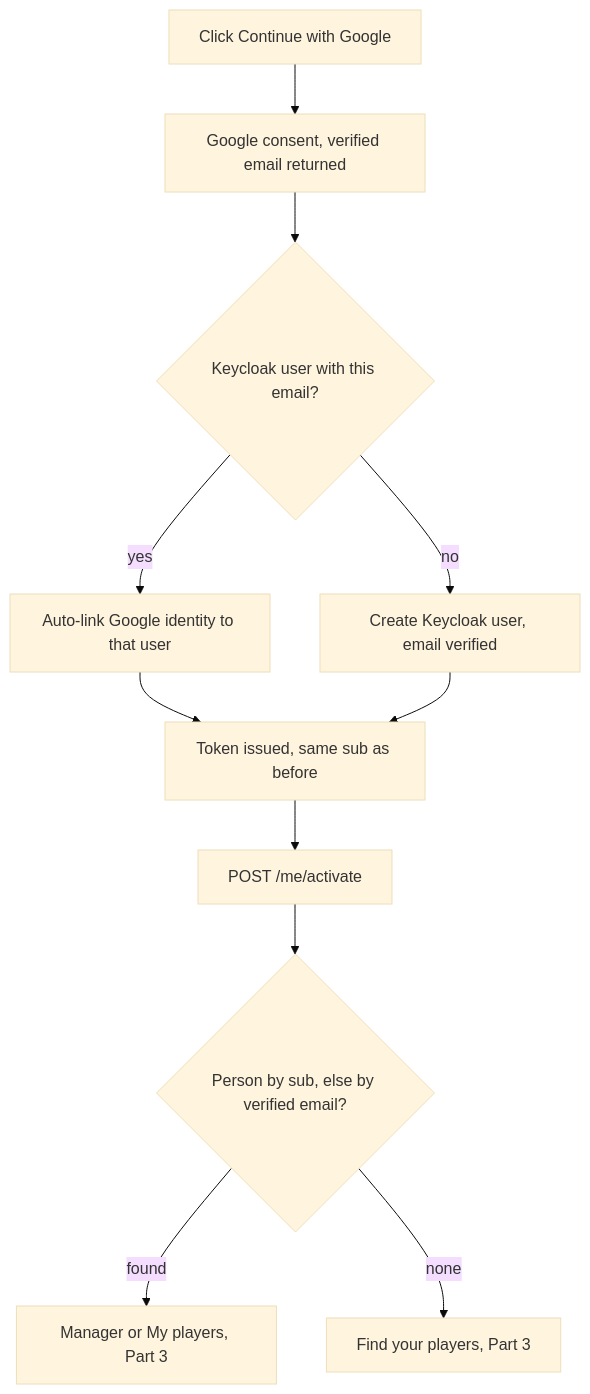
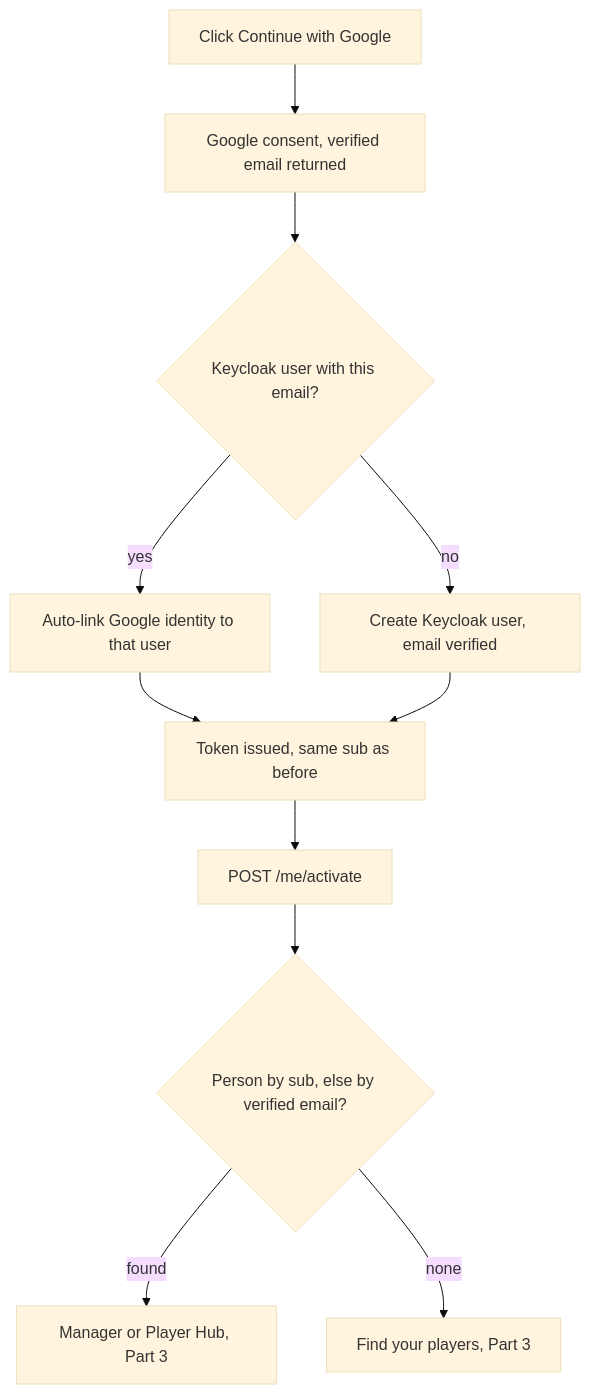
The first of 2 diagrams in docs/specs/119-login-account-journey.md (jakesvdw77/cricket-platform), drawn with Mermaid (base theme) before and after one commit. The commit also changed other lines of this file and 176 other files, not shown here.

First line of the commit message:
feat(ui): compact buttons, Player Hub naming, cricket loader and status screens

````diff
--- a/docs/specs/119-login-account-journey.md
+++ b/docs/specs/119-login-account-journey.md
@@ -258,13 +258,13 @@
 ```mermaid
 flowchart TD
     A[Click Continue with Google] --> B[Google consent, verified email returned]
     B --> C{Keycloak user with this email?}
     C -- yes --> D[Auto-link Google identity to that user]
     C -- no --> E[Create Keycloak user, email verified]
     D --> F[Token issued, same sub as before]
     E --> F
     F --> G[POST /me/activate]
     G --> H{Person by sub, else by verified email?}
-    H -- found --> I[Manager or My players, Part 3]
+    H -- found --> I[Manager or Player Hub, Part 3]
     H -- none --> J[Find your players, Part 3]
 ```
````
